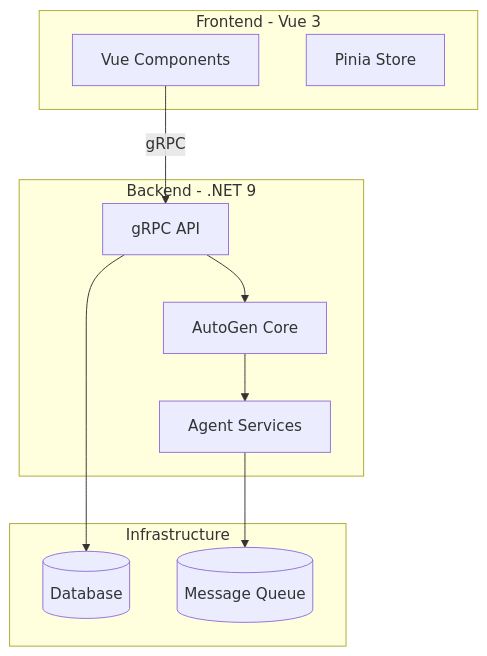
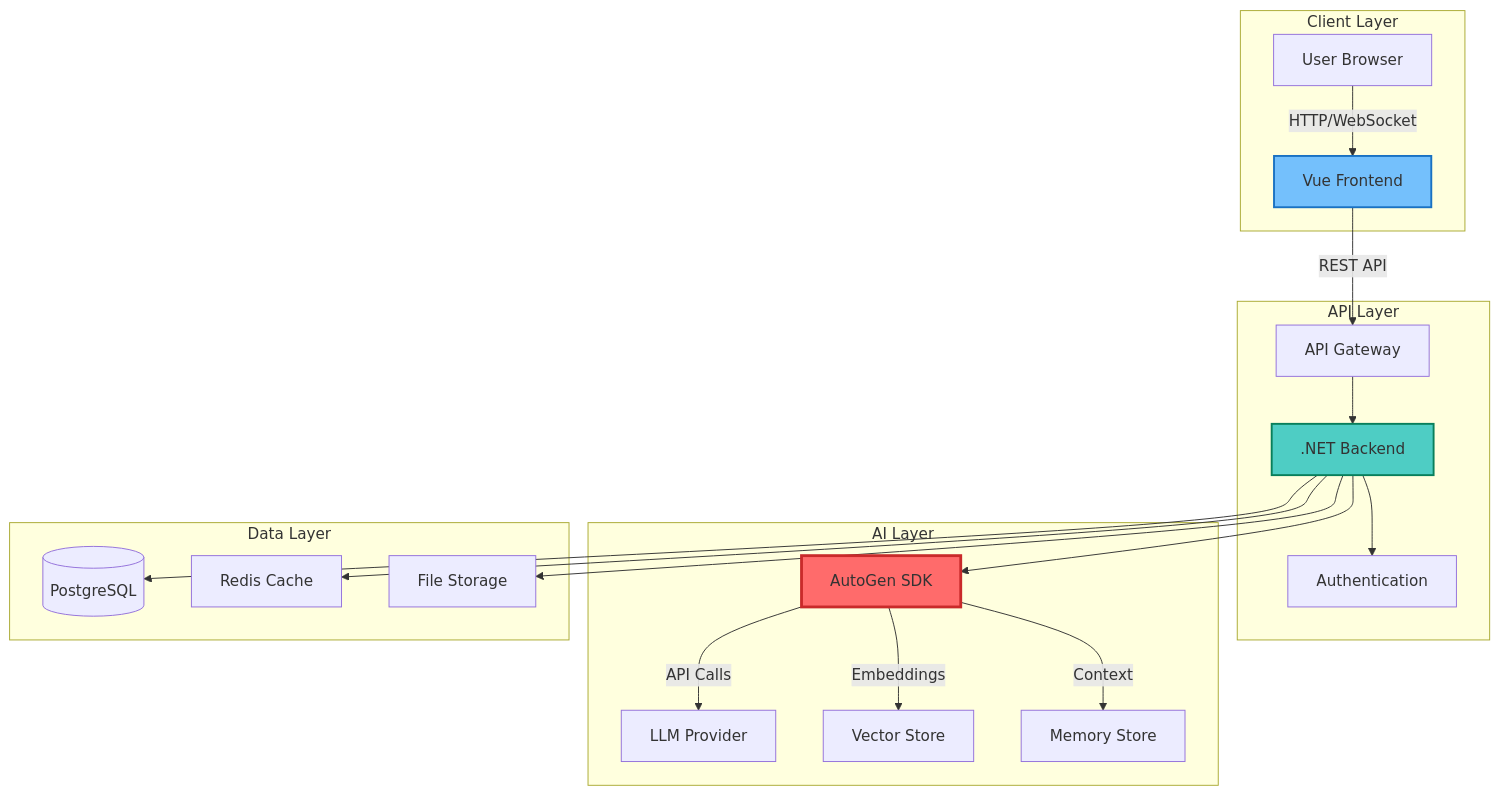
One commit to mk-knight23/AI-SDK-AUTOGEN changed the diagram in README.md. Above: the diagram before and after it, drawn with Mermaid. The commit also changed other lines of this file, not shown here.

````diff
--- a/README.md
+++ b/README.md
@@ -129,24 +332,42 @@
 ```mermaid
 graph TB
-    subgraph "Frontend - Vue 3"
-        UI[Vue Components]
-        State[Pinia Store]
+    subgraph "Client Layer"
+        A[User Browser]
+        B[Vue Frontend]
     end
 
-    subgraph "Backend - .NET 9"
-        API[gRPC API]
-        AutoGen[AutoGen Core]
-        Agents[Agent Services]
+    subgraph "API Layer"
+        C[API Gateway]
+        D[.NET Backend]
+        E[Authentication]
     end
 
-    subgraph "Infrastructure"
-        DB[(Database)]
-        Queue[(Message Queue)]
+    subgraph "AI Layer"
+        F[AutoGen SDK]
+        G[LLM Provider]
+        H[Vector Store]
+        I[Memory Store]
     end
 
-    UI -->|gRPC| API
-    API --> AutoGen
-    AutoGen --> Agents
-    API --> DB
-    Agents --> Queue
+    subgraph "Data Layer"
+        J[(PostgreSQL)]
+        K[Redis Cache]
+        L[File Storage]
+    end
+
+    A -->|HTTP/WebSocket| B
+    B -->|REST API| C
+    C --> D
+    D --> E
+    D --> F
+    F -->|API Calls| G
+    F -->|Embeddings| H
+    F -->|Context| I
+    D --> J
+    D --> K
+    D --> L
+
+    style F fill:#ff6b6b,stroke:#c92a2a,stroke-width:3px
+    style D fill:#4ecdc4,stroke:#087f5b,stroke-width:2px
+    style B fill:#74c0fc,stroke:#1971c2,stroke-width:2px
 ```
````
